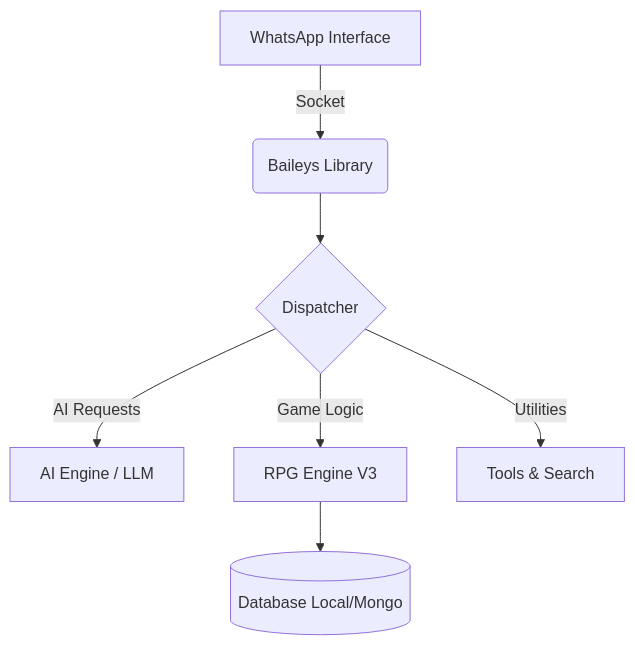
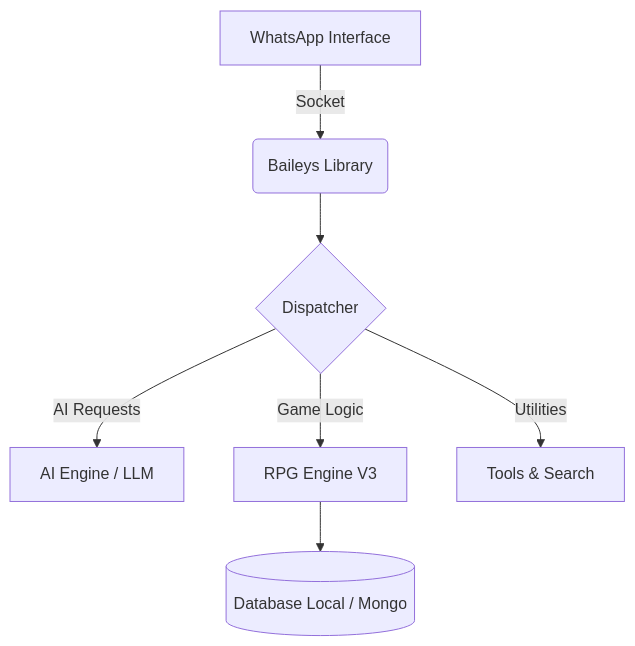
One commit to CYBER-x-SACHIYA-SL-MD-BOT/Frieren-MD changed the third of 3 diagrams in README.md. Above: the diagram before and after it, drawn with Mermaid. The commit also changed other lines of this file, not shown here.

Commit message:
docs: add more comprehensive mermaid diagrams

````diff
--- a/README.md
+++ b/README.md
@@ -73,9 +112,9 @@
 ```mermaid
 graph TD
     A["WhatsApp Interface"] -->|Socket| B("Baileys Library")
     B --> C{"Dispatcher"}
     C -->|"AI Requests"| D["AI Engine / LLM"]
     C -->|"Game Logic"| E["RPG Engine V3"]
     C -->|"Utilities"| F["Tools & Search"]
-    E --> G[("Database Local/Mongo")]
+    E --> G[("Database Local / Mongo")]
 ```
````
